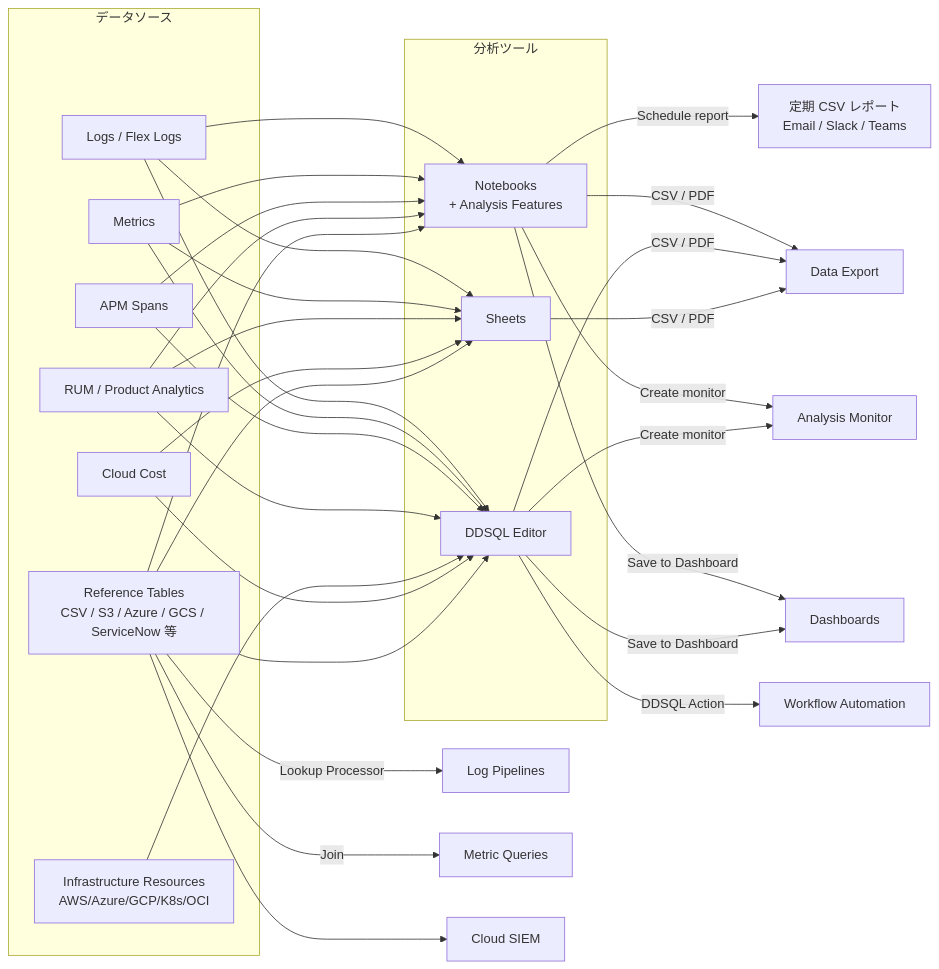
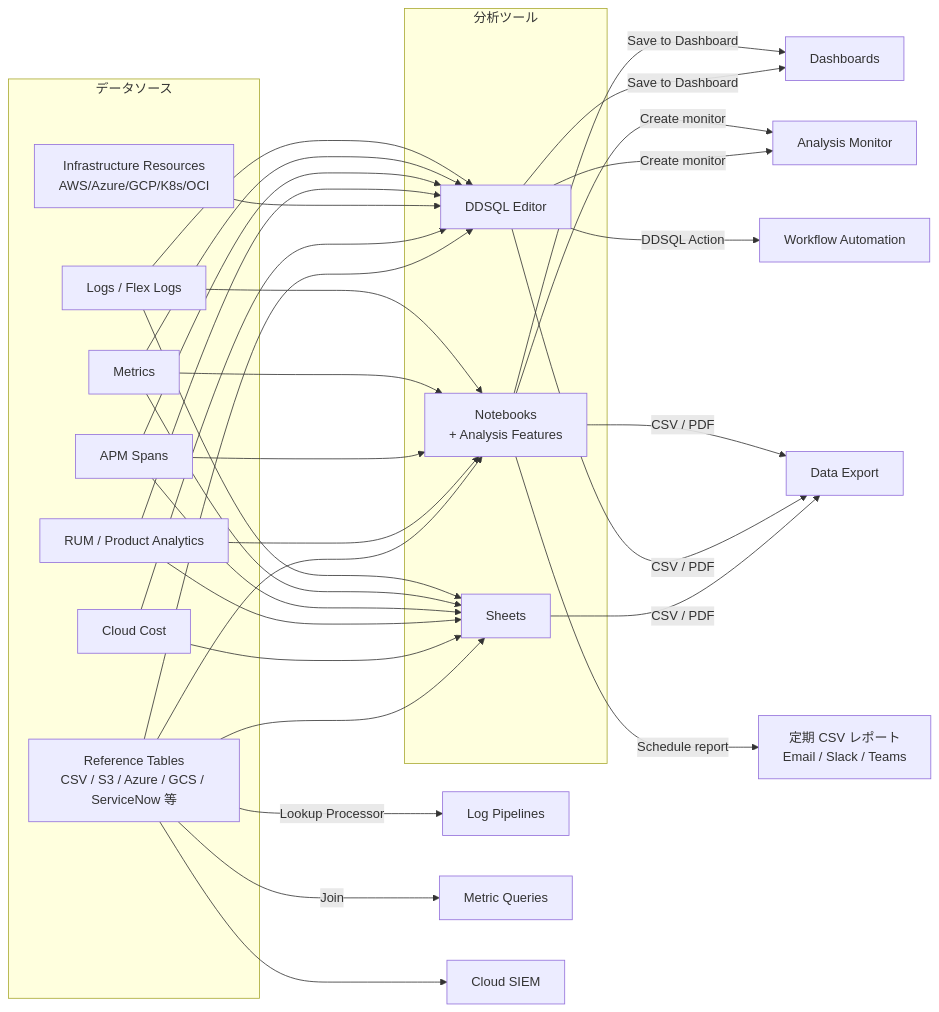
The diagram in Datadog/02_リファレンス/platform/notebooks-and-data-tools.md (hidefumiagata/platform-doc), drawn with Mermaid before and after one commit. The commit also changed other lines of this file and 163 other files, not shown here.

````diff
--- a/Datadog/02_リファレンス/platform/notebooks-and-data-tools.md
+++ b/Datadog/02_リファレンス/platform/notebooks-and-data-tools.md
@@ -61,28 +61,28 @@
 ```mermaid
 flowchart LR
   subgraph Sources[データソース]
     L[Logs / Flex Logs]
     M[Metrics]
     S[APM Spans]
     R[RUM / Product Analytics]
     I[Infrastructure Resources<br/>AWS/Azure/GCP/K8s/OCI]
     C[Cloud Cost]
     RT[Reference Tables<br/>CSV / S3 / Azure / GCS / ServiceNow 等]
   end
   subgraph Tools[分析ツール]
     NB[Notebooks<br/>+ Analysis Features]
     DQ[DDSQL Editor]
     SH[Sheets]
   end
   L & M & S & R & I & C & RT --> DQ
   L & M & S & R & RT --> NB
-  L & M & R & C & RT --> SH
+  L & M & S & R & C & RT --> SH
   RT -->|Lookup Processor| LP[Log Pipelines]
   RT -->|Join| MQ[Metric Queries]
   RT --> SIEM[Cloud SIEM]
   NB & DQ -->|Save to Dashboard| DB[Dashboards]
   NB & DQ -->|Create monitor| AM[Analysis Monitor]
   NB -->|Schedule report| REP[定期 CSV レポート<br/>Email / Slack / Teams]
   DQ -->|DDSQL Action| WF[Workflow Automation]
   NB & DQ & SH -->|CSV / PDF| EXP[Data Export]
 ```
````
